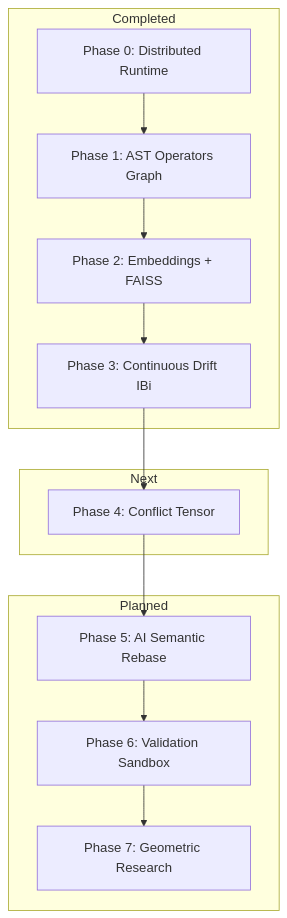
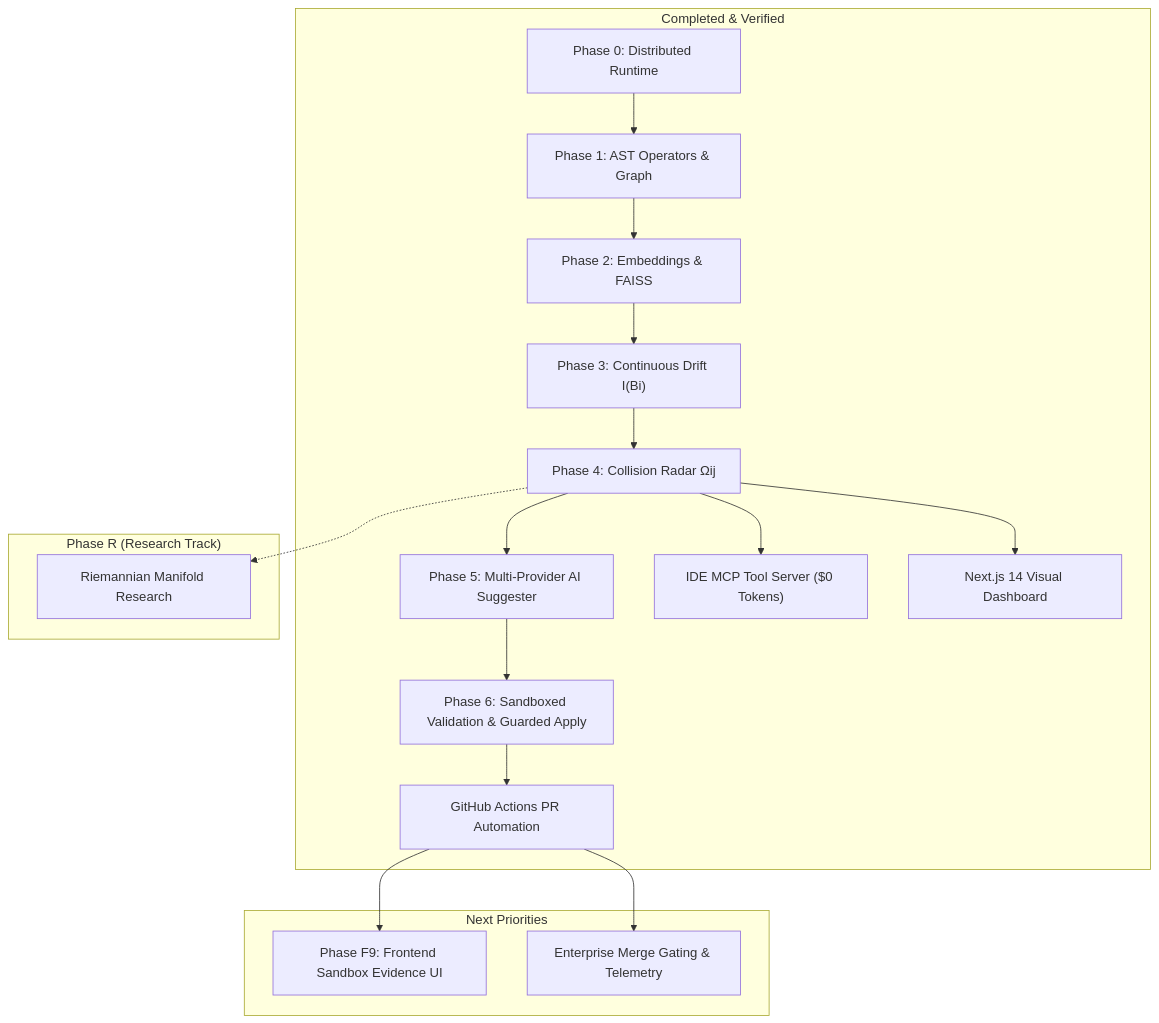
The second of 3 diagrams in README.md (Sarthak2233/GDSS), drawn with Mermaid before and after one commit. The commit also changed other lines of this file and 330 other files, not shown here.

First line of the commit message:
feat(core,ai,mcp,validation,ci): Semantic PR Collision Radar & Convergence Assistant

````diff
--- a/README.md
+++ b/README.md
@@ -263,27 +481,31 @@
 ```mermaid
 graph TD
-    subgraph Done["Completed"]
+    subgraph Completed["Completed & Verified"]
         P0["Phase 0: Distributed Runtime"]
-        P1["Phase 1: AST Operators Graph"]
-        P2["Phase 2: Embeddings + FAISS"]
-        P3["Phase 3: Continuous Drift IBi"]
+        P1["Phase 1: AST Operators & Graph"]
+        P2["Phase 2: Embeddings & FAISS"]
+        P3["Phase 3: Continuous Drift I(Bi)"]
+        P4["Phase 4: Collision Radar Ωij"]
+        P5["Phase 5: Multi-Provider AI Suggester"]
+        P6["Phase 6: Sandboxed Validation & Guarded Apply"]
+        GHA["GitHub Actions PR Automation"]
+        MCP["IDE MCP Tool Server ($0 Tokens)"]
+        WEB["Next.js 14 Visual Dashboard"]
     end
 
-    subgraph Next["Next"]
-        P4["Phase 4: Conflict Tensor"]
+    subgraph Active["Next Priorities"]
+        F9["Phase F9: Frontend Sandbox Evidence UI"]
+        POL["Enterprise Merge Gating & Telemetry"]
     end
 
-    subgraph Future["Planned"]
-        P5["Phase 5: AI Semantic Rebase"]
-        P6["Phase 6: Validation Sandbox"]
-        P7["Phase 7: Geometric Research"]
+    subgraph Research["Phase R (Research Track)"]
+        PR["Riemannian Manifold Research"]
     end
 
-    P0 --> P1
-    P1 --> P2
-    P2 --> P3
-    P3 --> P4
-    P4 --> P5
-    P5 --> P6
-    P6 --> P7
+    P0 --> P1 --> P2 --> P3 --> P4 --> P5 --> P6 --> GHA
+    P4 --> MCP
+    P4 --> WEB
+    GHA --> F9
+    GHA --> POL
+    P4 -.-> PR
 ```
````
